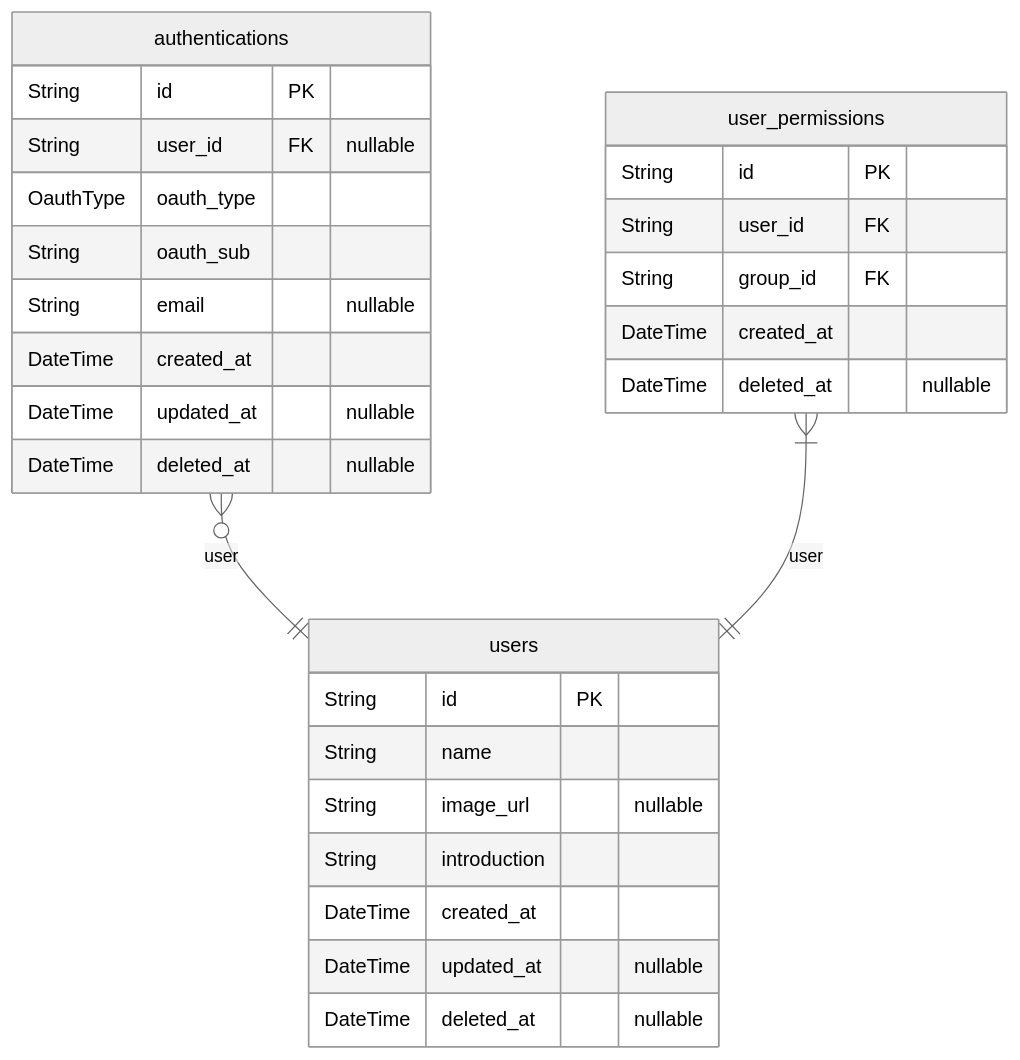
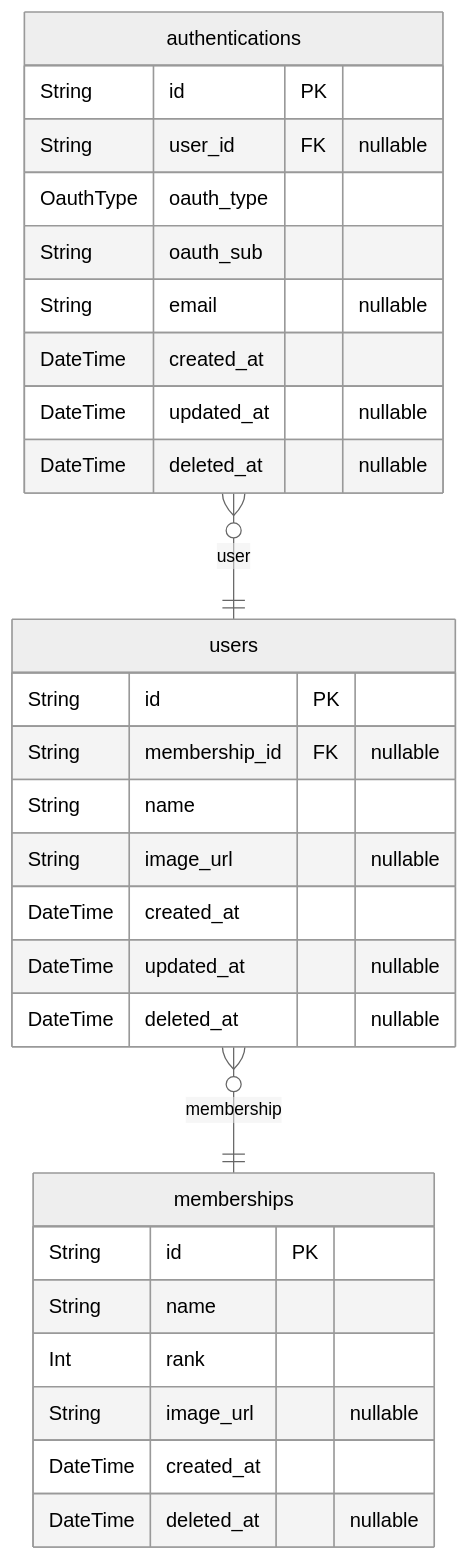
One commit to rojiwon123/bbs changed the fifth of 5 diagrams in ERD.md. Above: the diagram before and after it, drawn with Mermaid (neutral theme). The commit also changed other lines of this file and 19 other files, not shown here.

````diff
--- a/ERD.md
+++ b/ERD.md
@@ -1395,31 +945,32 @@
 ```mermaid
 erDiagram
+memberships {
+    String id PK
+    String name
+    Int rank
+    String image_url "nullable"
+    DateTime created_at
+    DateTime deleted_at "nullable"
+}
 authentications {
     String id PK
     String user_id FK "nullable"
     OauthType oauth_type
     String oauth_sub
     String email "nullable"
     DateTime created_at
     DateTime updated_at "nullable"
     DateTime deleted_at "nullable"
 }
 users {
     String id PK
+    String membership_id FK "nullable"
     String name
     String image_url "nullable"
-    String introduction
     DateTime created_at
     DateTime updated_at "nullable"
     DateTime deleted_at "nullable"
 }
-user_permissions {
-    String id PK
-    String user_id FK
-    String group_id FK
-    DateTime created_at
-    DateTime deleted_at "nullable"
-}
 authentications }o--|| users : user
-user_permissions }|--|| users : user
+users }o--|| memberships : membership
 ```
````
